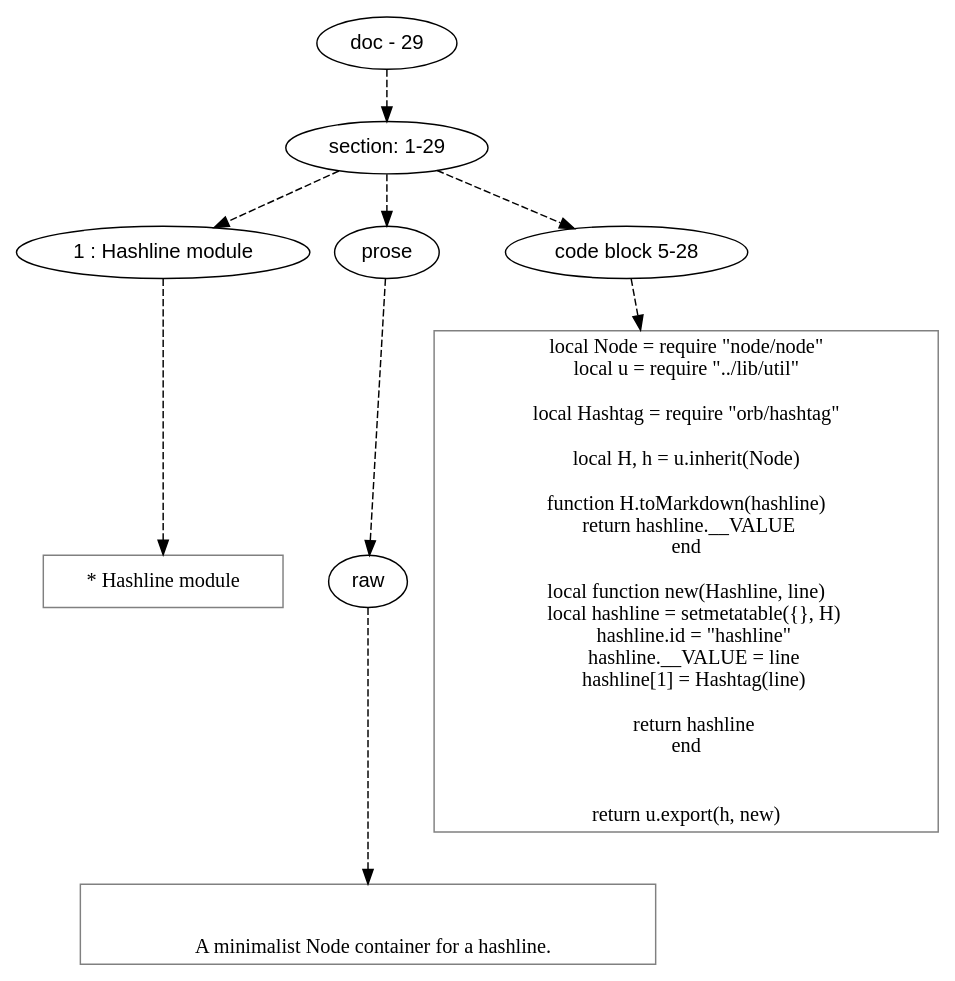
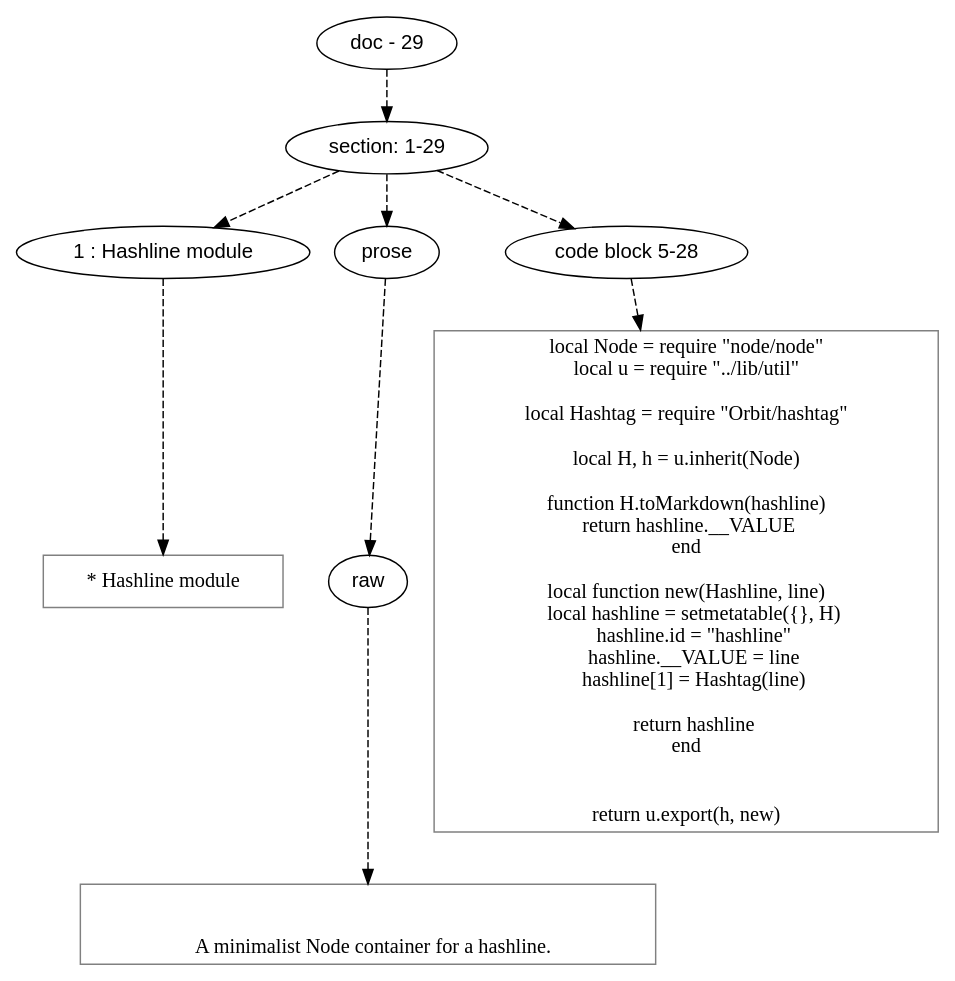
Before and after one commit to mnemnion/orb: the diagram in doc/dot/grym/hashline.dot, drawn with Graphviz. The commit also changed 198 other files, not shown here.

```diff
--- a/doc/dot/grym/hashline.dot
+++ b/doc/dot/grym/hashline.dot
@@ -1,74 +1,74 @@
 digraph lpegNode {
 
 node [fontname=Helvetica]
 edge [style=dashed]
 
 doc_0 [label="doc - 29"]
 
 
 doc_0 -> { section_1}
 {rank=same; section_1}
 
 section_1 [label="section: 1-29"]
 
 
 // END RANK doc_0
 
 section_1 -> { header_2 prose_3 codeblock_4}
 {rank=same; header_2 prose_3 codeblock_4}
 
 header_2 [label="1 : Hashline module"]
 
 prose_3 [label="prose"]
 
 codeblock_4 [label="code block 5-28"]
 
 
 // END RANK section_1
 
 header_2 -> leaf_5
 leaf_5  [color=Gray,shape=rectangle,fontname=Inconsolata,label=" * Hashline module"]
 // END RANK header_2
 
 prose_3 -> { raw_6}
 {rank=same; raw_6}
 
 raw_6 [label="raw"]
 
 
 // END RANK prose_3
 
 raw_6 -> leaf_7
 leaf_7  [color=Gray,shape=rectangle,fontname=Inconsolata,label="
 
    A minimalist Node container for a hashline.
 "]
 // END RANK raw_6
 
 codeblock_4 -> leaf_8
 leaf_8  [color=Gray,shape=rectangle,fontname=Inconsolata,label="local Node = require \"node/node\"
 local u = require \"../lib/util\"
 
-local Hashtag = require \"orb/hashtag\"
+local Hashtag = require \"Orbit/hashtag\"
 
 local H, h = u.inherit(Node)
 
 function H.toMarkdown(hashline)
   return hashline.__VALUE
 end
 
 local function new(Hashline, line)
     local hashline = setmetatable({}, H)
     hashline.id = \"hashline\"
     hashline.__VALUE = line
     hashline[1] = Hashtag(line)
 
     return hashline 
 end
 
 
 return u.export(h, new)"]
 // END RANK codeblock_4
 
 
 }
```
